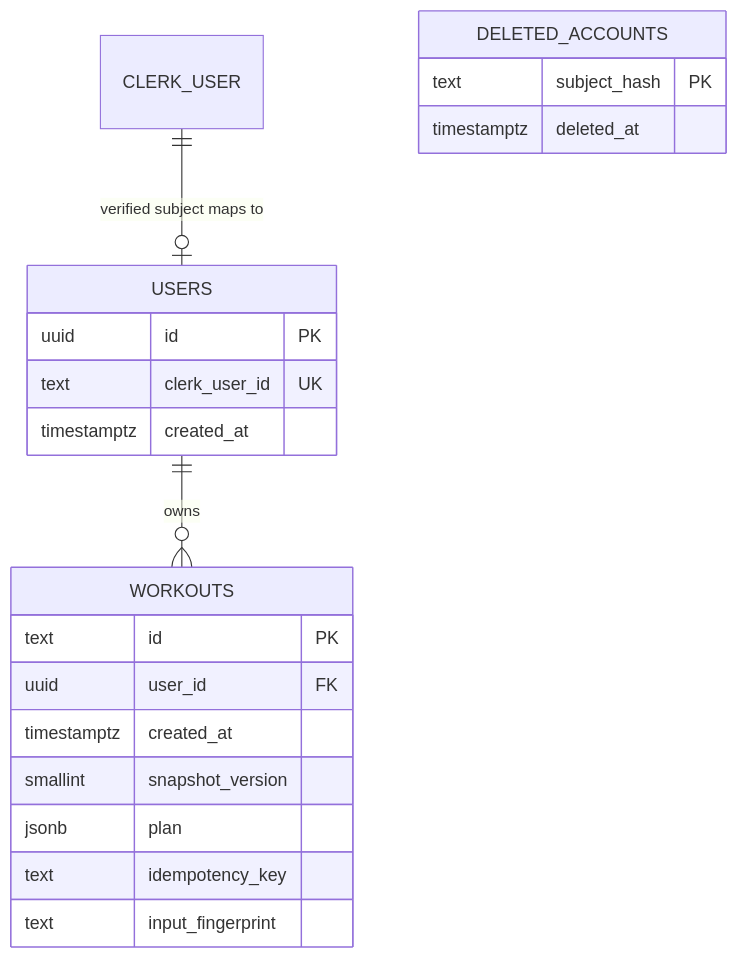
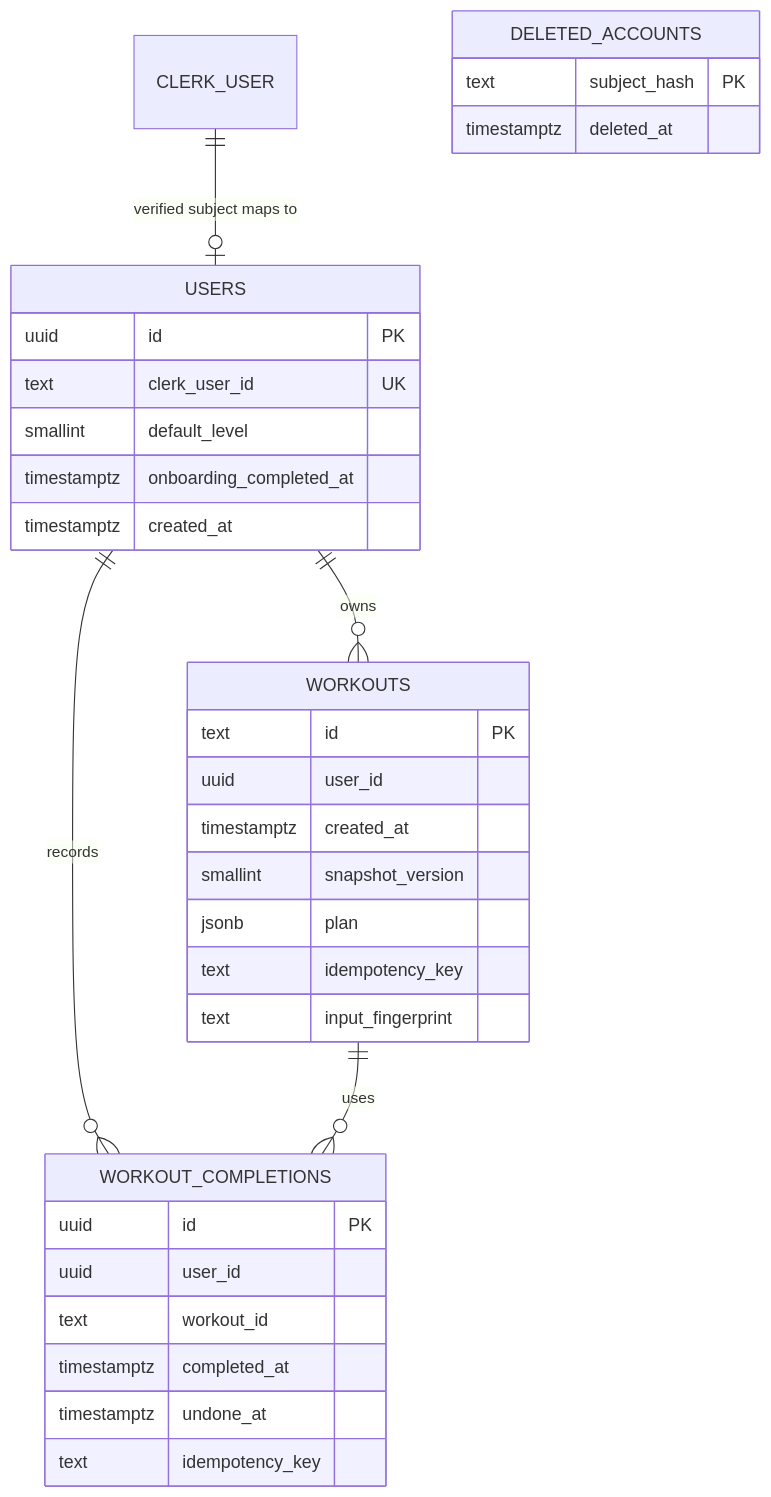
Before and after one commit to epicchewy/endorphins: the diagram in docs/accounts-and-workouts.md, drawn with Mermaid. The commit also changed other lines of this file and 112 other files, not shown here.

Commit message:
Redesign signup, onboarding, and workout activity (#4)

````diff
--- a/docs/accounts-and-workouts.md
+++ b/docs/accounts-and-workouts.md
@@ -5,23 +5,35 @@
 ```mermaid
 erDiagram
   CLERK_USER ||--o| USERS : "verified subject maps to"
   USERS ||--o{ WORKOUTS : owns
+  USERS ||--o{ WORKOUT_COMPLETIONS : records
+  WORKOUTS ||--o{ WORKOUT_COMPLETIONS : uses
   USERS {
     uuid id PK
     text clerk_user_id UK
+    smallint default_level
+    timestamptz onboarding_completed_at
     timestamptz created_at
   }
   WORKOUTS {
     text id PK
-    uuid user_id FK
+    uuid user_id
     timestamptz created_at
     smallint snapshot_version
     jsonb plan
     text idempotency_key
     text input_fingerprint
   }
+  WORKOUT_COMPLETIONS {
+    uuid id PK
+    uuid user_id
+    text workout_id
+    timestamptz completed_at
+    timestamptz undone_at
+    text idempotency_key
+  }
   DELETED_ACCOUNTS {
     text subject_hash PK
     timestamptz deleted_at
   }
 ```
````
